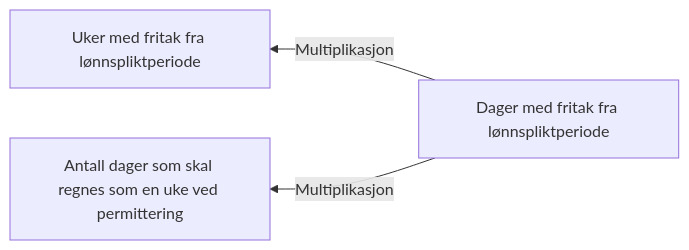
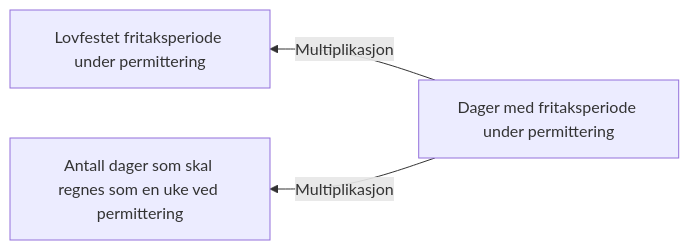
The diagram in docs/regler/§ 4-7 Permittering (fastsetting).approved.md (navikt/dp-behandling), drawn with Mermaid before and after one commit. The commit also changed 3 other files, not shown here.

````diff
--- a/docs/regler/§ 4-7 Permittering (fastsetting).approved.md
+++ b/docs/regler/§ 4-7 Permittering (fastsetting).approved.md
@@ -5,5 +5,5 @@
 ```mermaid
 graph RL
-  A["Dager med fritak fra lønnspliktperiode"] -->|"Multiplikasjon"| B["Uker med fritak fra lønnspliktperiode"]
-  A["Dager med fritak fra lønnspliktperiode"] -->|"Multiplikasjon"| C["Antall dager som skal regnes som en uke ved permittering"]
+  A["Dager med fritaksperiode under permittering"] -->|"Multiplikasjon"| B["Lovfestet fritaksperiode under permittering"]
+  A["Dager med fritaksperiode under permittering"] -->|"Multiplikasjon"| C["Antall dager som skal regnes som en uke ved permittering"]
 ```
````
